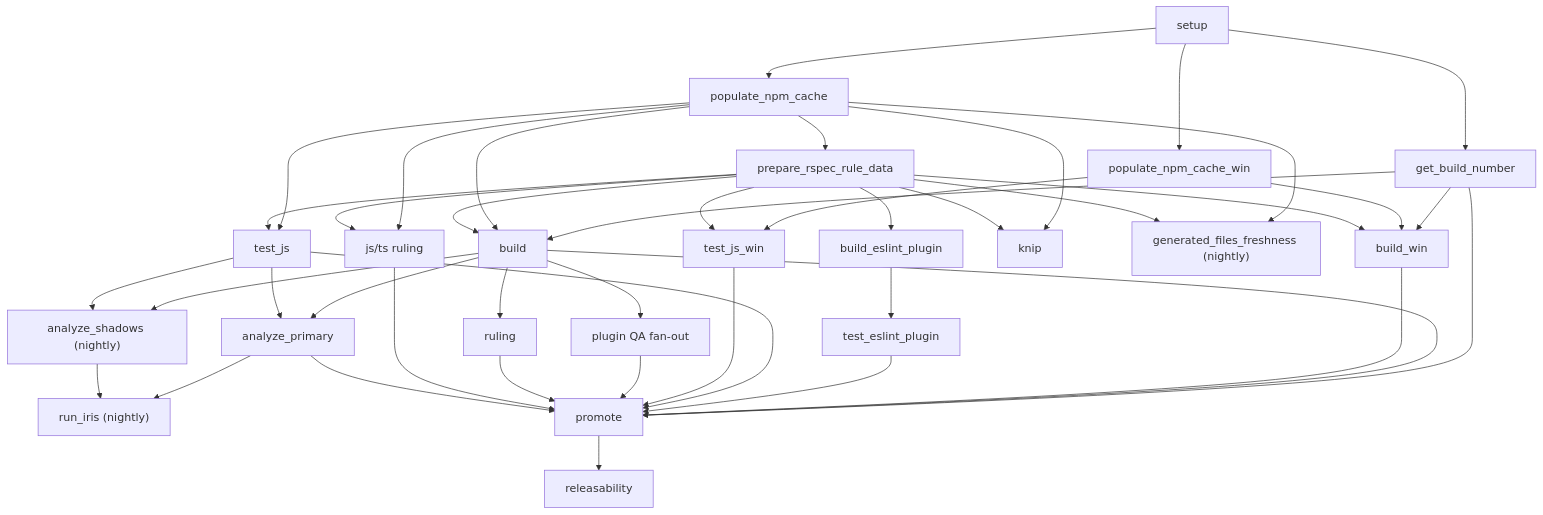
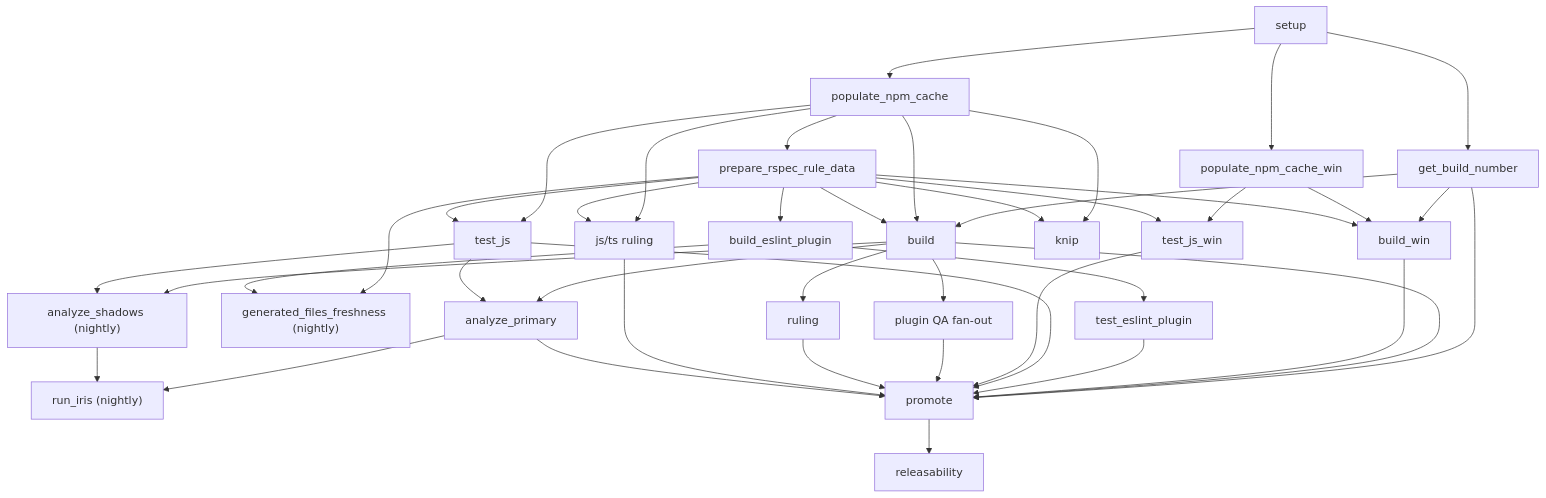
The first of 4 diagrams in docs/CI.md (SonarSource/SonarJS), drawn with Mermaid before and after one commit. The commit also changed other lines of this file and 2 other files, not shown here.

Commit message:
Reuse generated README artifacts in nightly refresh

````diff
--- a/docs/CI.md
+++ b/docs/CI.md
@@ -88,56 +88,56 @@
 ```mermaid
 flowchart TD
   A["setup"] --> B["get_build_number"]
   A --> C["populate_npm_cache"]
   A --> D["populate_npm_cache_win"]
   C --> E["prepare_rspec_rule_data"]
 
   B --> F["build"]
   C --> F
   E --> F
 
   B --> G["build_win"]
   D --> G
   E --> G
 
   E --> H["build_eslint_plugin"]
   H --> I["test_eslint_plugin"]
 
   C --> J["test_js"]
   E --> J
 
   D --> K["test_js_win"]
   E --> K
 
   C --> L["knip"]
   E --> L
 
-  C --> M["generated_files_freshness (nightly)"]
   E --> M
+  H --> M["generated_files_freshness (nightly)"]
 
   F --> N["plugin QA fan-out"]
   F --> O["ruling"]
   C --> P["js/ts ruling"]
   E --> P
 
   F --> Q["analyze_primary"]
   J --> Q
   F --> R["analyze_shadows (nightly)"]
   J --> R
 
   Q --> S["run_iris (nightly)"]
   R --> S
 
   B --> T["promote"]
   F --> T
   G --> T
   I --> T
   J --> T
   K --> T
   N --> T
   O --> T
   P --> T
   Q --> T
 
   T --> U["releasability"]
 ```
````
